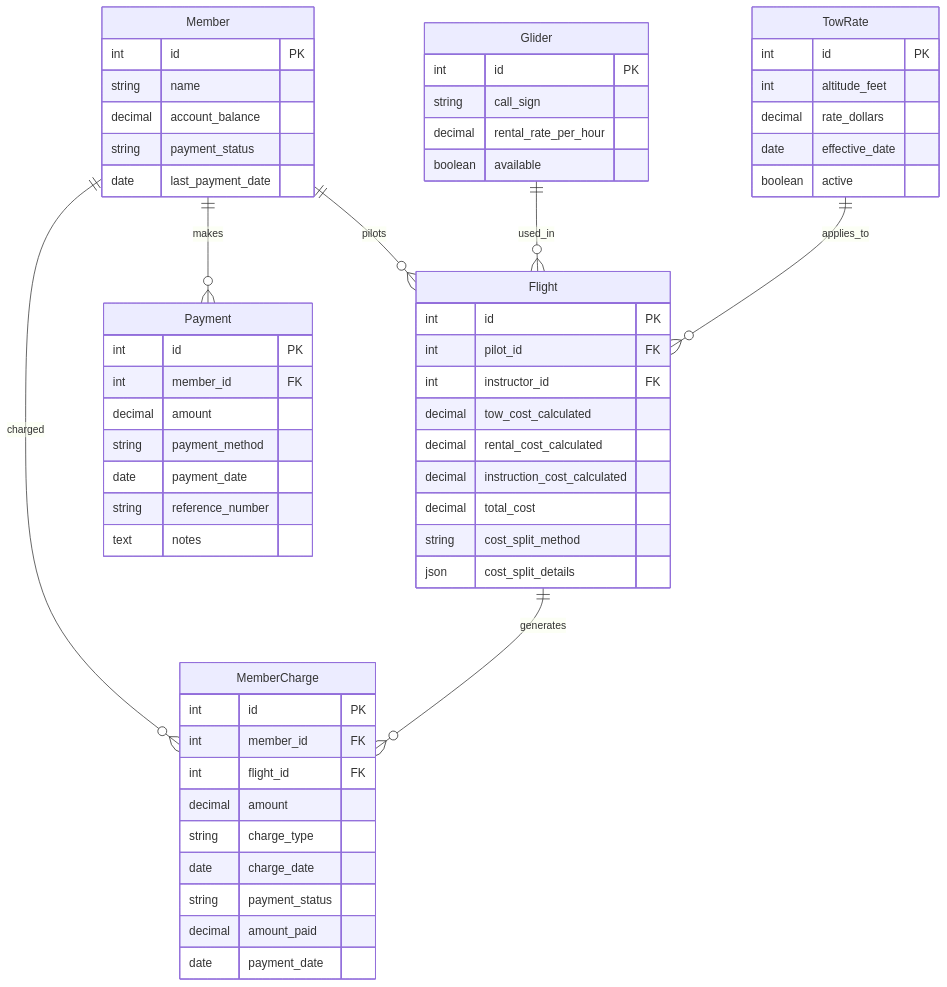
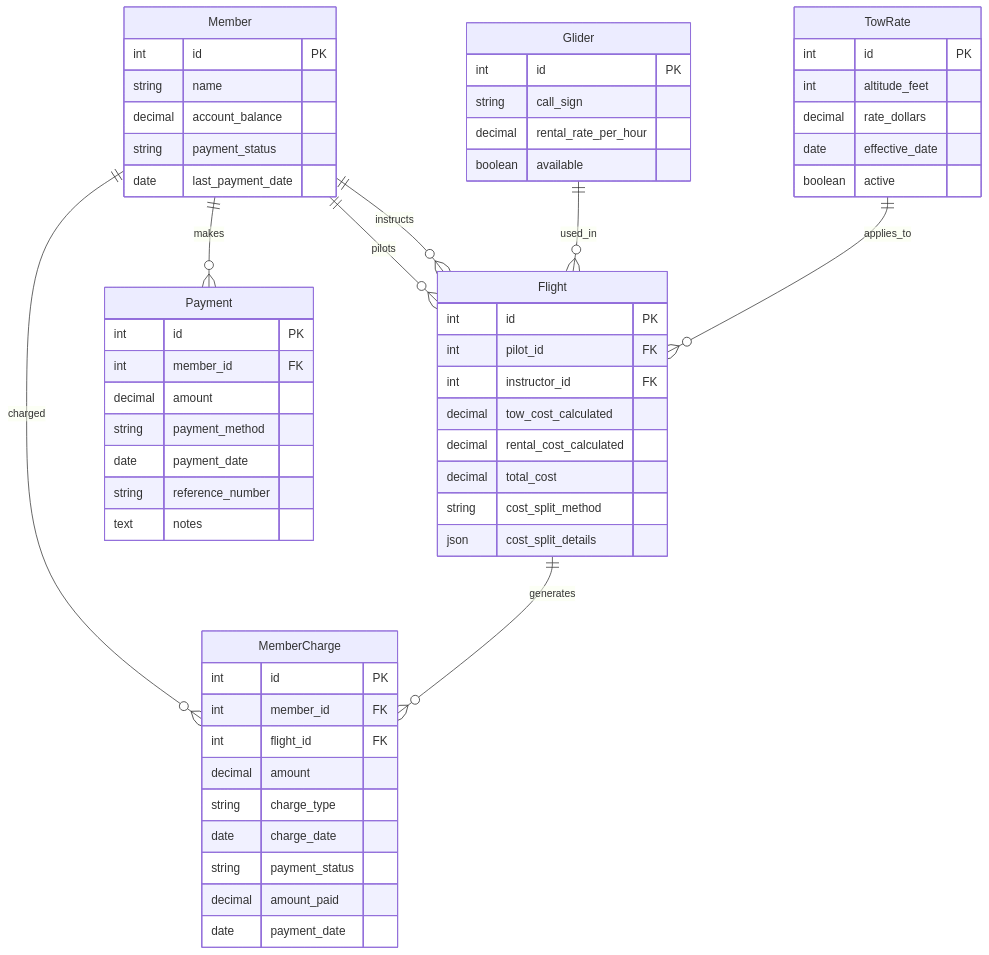
The fifth of 11 diagrams in docs/workflows/07-payment-workflow.md (pietbarber/Manage2Soar), drawn with Mermaid before and after one commit. The commit also changed other lines of this file and 2 other files, not shown here.

Commit message:
removed fibs about charging for instructon (ground and flight). Removed one ERD entry.

````diff
--- a/docs/workflows/07-payment-workflow.md
+++ b/docs/workflows/07-payment-workflow.md
@@ -174,66 +168,66 @@
 ```mermaid
 erDiagram
     Member {
         int id PK
         string name
         decimal account_balance
         string payment_status
         date last_payment_date
     }
     
     Flight {
         int id PK
         int pilot_id FK
         int instructor_id FK
         decimal tow_cost_calculated
         decimal rental_cost_calculated
-        decimal instruction_cost_calculated
         decimal total_cost
         string cost_split_method
         json cost_split_details
     }
     
     TowRate {
         int id PK
         int altitude_feet
         decimal rate_dollars
         date effective_date
         boolean active
     }
     
     Glider {
         int id PK
         string call_sign
         decimal rental_rate_per_hour
         boolean available
     }
     
     MemberCharge {
         int id PK
         int member_id FK
         int flight_id FK
         decimal amount
         string charge_type
         date charge_date
         string payment_status
         decimal amount_paid
         date payment_date
     }
     
     Payment {
         int id PK
         int member_id FK
         decimal amount
         string payment_method
         date payment_date
         string reference_number
         text notes
     }
     
     Member ||--o{ Flight : pilots
+    Member ||--o{ Flight : instructs
     Member ||--o{ MemberCharge : charged
     Member ||--o{ Payment : makes
     Flight ||--o{ MemberCharge : generates
     Glider ||--o{ Flight : used_in
     TowRate ||--o{ Flight : applies_to
 ```
````
